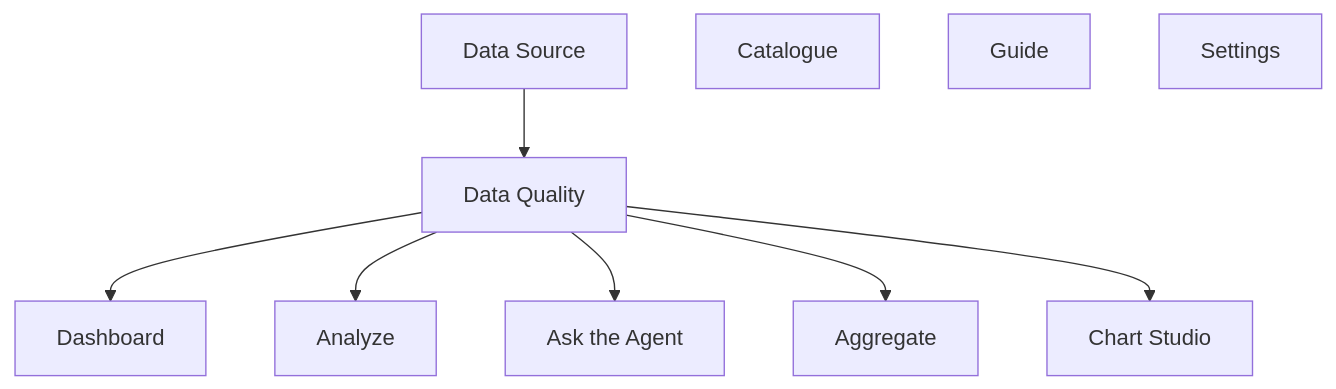
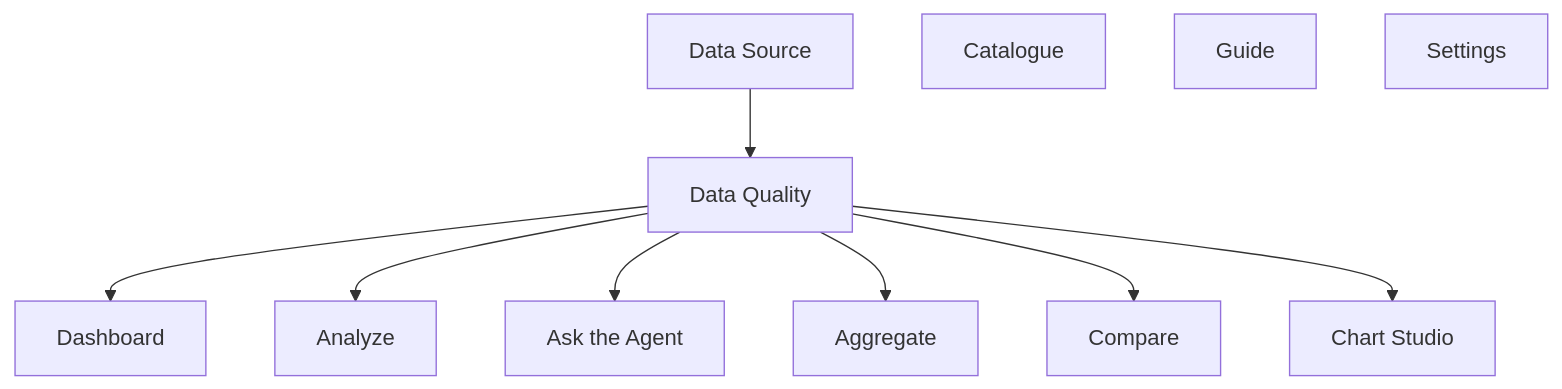
Before and after one commit to sahebansari/TerraFluent.Chart.Reporting: the second of 3 diagrams in docs/web-app/README.md, drawn with Mermaid. The commit also changed other lines of this file and 76 other files, not shown here.

````diff
--- a/docs/web-app/README.md
+++ b/docs/web-app/README.md
@@ -128,12 +133,13 @@
 ```mermaid
 flowchart TD
     DS[Data Source] --> Q[Data Quality]
     Q --> DASH[Dashboard]
     Q --> AN[Analyze]
     Q --> AG[Ask the Agent]
     Q --> AGG[Aggregate]
+    Q --> CMP[Compare]
     Q --> ST[Chart Studio]
     CAT[Catalogue]
     GUIDE[Guide]
     SET[Settings]
 ```
````
